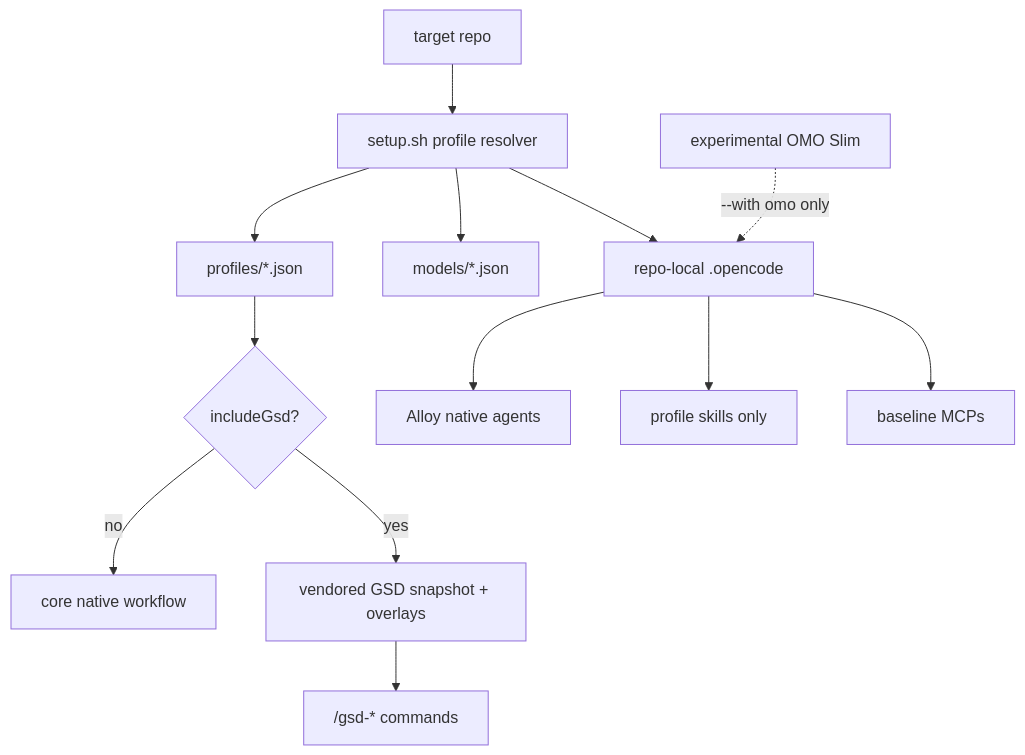
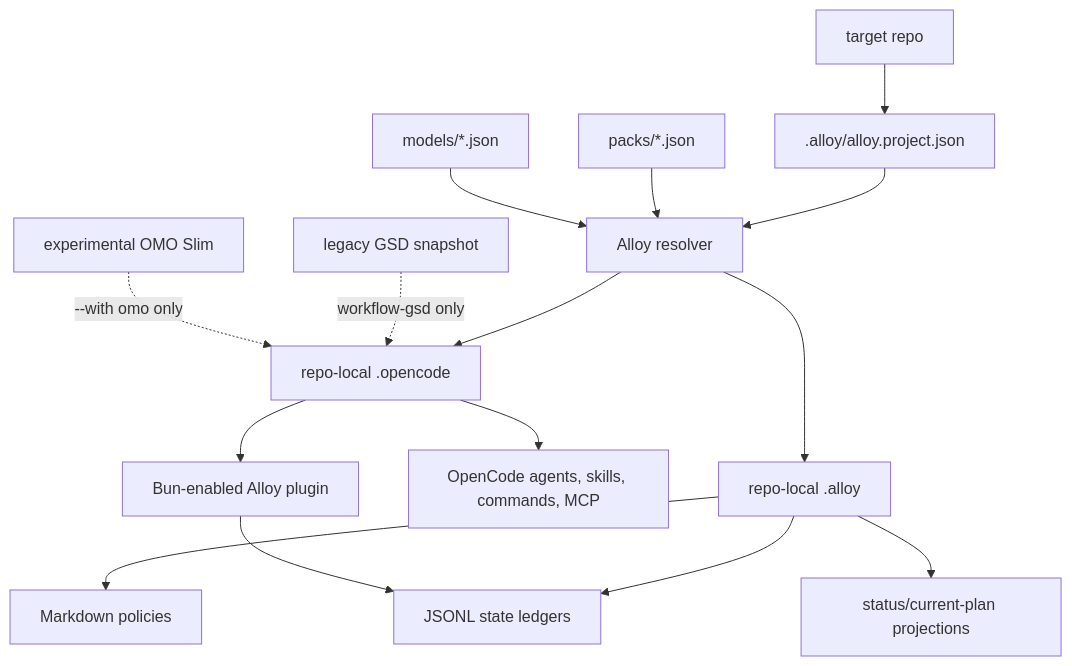
Before and after one commit to lifeodyssey/alloy: the diagram in README.md, drawn with Mermaid. The commit also changed other lines of this file and 23 other files, not shown here.

Commit message:
Implement OpenCode Alloy v2 control layer

````diff
--- a/README.md
+++ b/README.md
@@ -42,15 +53,17 @@
 ```mermaid
 flowchart TD
-  A["target repo"] --> B["setup.sh profile resolver"]
-  B --> C["profiles/*.json"]
-  B --> D["models/*.json"]
-  B --> E["repo-local .opencode"]
-  E --> F["Alloy native agents"]
-  E --> G["profile skills only"]
-  E --> H["baseline MCPs"]
-  C --> I{"includeGsd?"}
-  I -->|no| J["core native workflow"]
-  I -->|yes| K["vendored GSD snapshot + overlays"]
-  K --> L["/gsd-* commands"]
-  M["experimental OMO Slim"] -. "--with omo only" .-> E
+  A["target repo"] --> B[".alloy/alloy.project.json"]
+  B --> C["Alloy resolver"]
+  D["packs/*.json"] --> C
+  E["models/*.json"] --> C
+  C --> F["repo-local .opencode"]
+  C --> G["repo-local .alloy"]
+  F --> H["OpenCode agents, skills, commands, MCP"]
+  F --> I["Bun-enabled Alloy plugin"]
+  G --> J["Markdown policies"]
+  G --> K["JSONL state ledgers"]
+  G --> L["status/current-plan projections"]
+  I --> K
+  M["legacy GSD snapshot"] -. "workflow-gsd only" .-> F
+  N["experimental OMO Slim"] -. "--with omo only" .-> F
 ```
````
